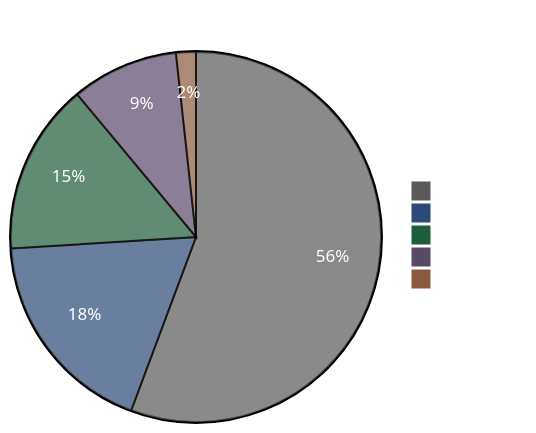
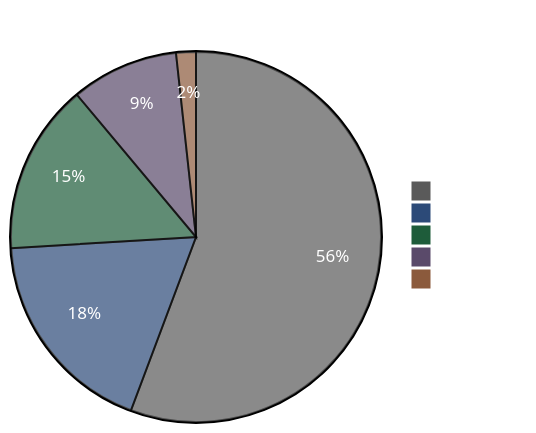
One commit to ccmeteorljh/reco-arxiv-daily changed the diagram in README.md. Above: the diagram before and after it, drawn with Mermaid. The commit also changed other lines of this file and 7 other files, not shown here.

````diff
--- a/README.md
+++ b/README.md
@@ -6,19 +6,19 @@
 ```mermaid
 %%{init: {'theme':'base', 'themeVariables': {
   'pie1':'#5a5a5a',
   'pie2':'#2c4a78',
   'pie3':'#1e5c3a',
   'pie4':'#5a4a6a',
   'pie5':'#8b5a3c',
   'pieTitleTextColor':'#ffffff',
   'pieSectionTextColor':'#ffffff',
   'pieLegendTextColor':'#ffffff'
 }}}%%
 pie showData
 title Paper Distribution by Tag
-  "Other" : 675
-  "LLM" : 222
+  "Other" : 678
+  "LLM" : 223
   "GR" : 181
-  "Seq" : 113
+  "Seq" : 114
   "Scaling" : 21
 ```
````
